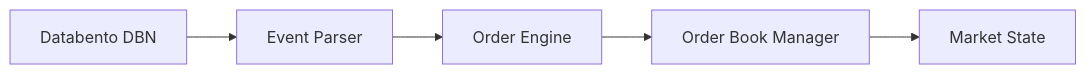
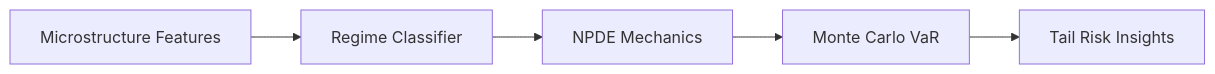
One commit to JackDamato/micro-regime-propogation changed the first of 2 diagrams in README.md. Above: the diagram before and after it, drawn with Mermaid. The commit also changed other lines of this file, not shown here.

````diff
--- a/README.md
+++ b/README.md
@@ -36,7 +22,7 @@
 ```mermaid
-flowchart LR
-    A[Databento DBN] --> B[Event Parser]
-    B --> C[Order Engine]
-    C --> D[Order Book Manager]
-    D --> E[Market State]
+graph LR
+    A[Microstructure Features] --> B[Regime Classifier]
+    B --> C[NPDE Mechanics]
+    C --> D[Monte Carlo VaR]
+    D --> E[Tail Risk Insights]
 ```
````
